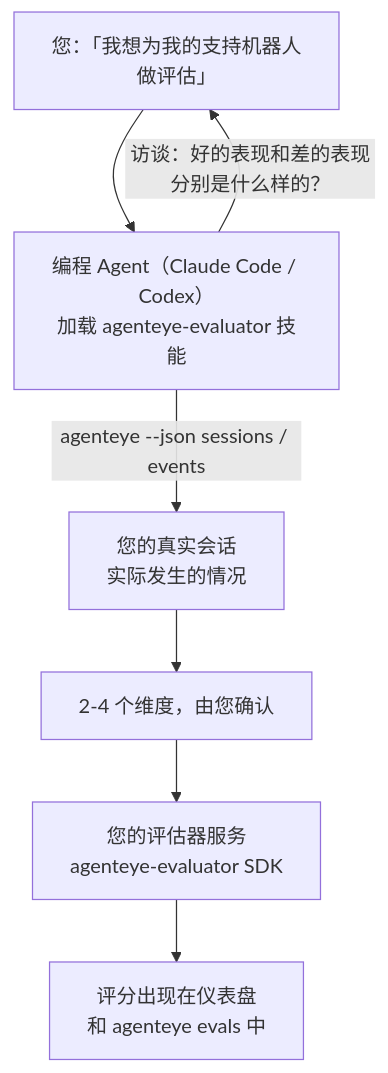
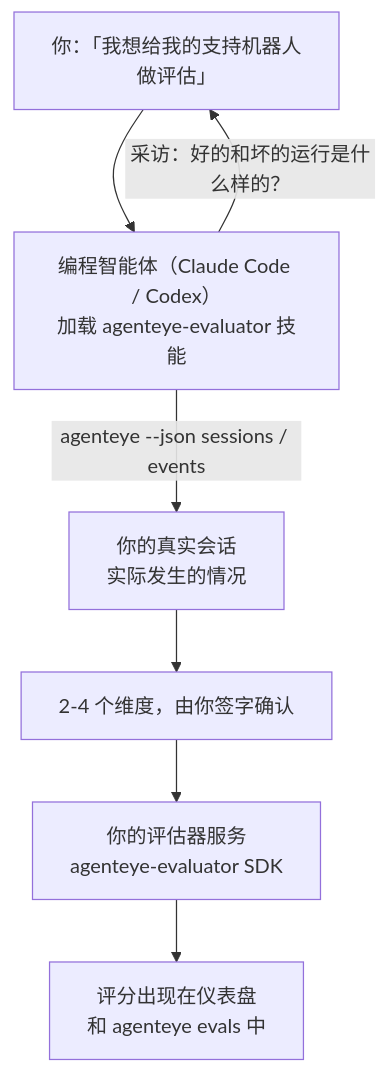
The diagram in docs/zh/agenteye/evaluator-skill.mdx (FailproofAI/failproofai), drawn with Mermaid before and after one commit. The commit also changed other lines of this file and 677 other files, not shown here.

````diff
--- a/docs/zh/agenteye/evaluator-skill.mdx
+++ b/docs/zh/agenteye/evaluator-skill.mdx
@@ -21,9 +21,9 @@
 ```mermaid
 flowchart TD
-    YOU["您：「我想为我的支持机器人做评估」"] --> AGENT["编程 Agent（Claude Code / Codex）<br/>加载 agenteye-evaluator 技能"]
-    AGENT -->|"访谈：好的表现和差的表现分别是什么样的？"| YOU
-    AGENT -->|"agenteye --json sessions / events"| DATA["您的真实会话<br/>实际发生的情况"]
-    DATA --> DIMS["2-4 个维度，由您确认"]
-    DIMS --> SVC["您的评估器服务<br/>agenteye-evaluator SDK"]
+    YOU["你：「我想给我的支持机器人做评估」"] --> AGENT["编程智能体（Claude Code / Codex）<br/>加载 agenteye-evaluator 技能"]
+    AGENT -->|"采访：好的和坏的运行是什么样的？"| YOU
+    AGENT -->|"agenteye --json sessions / events"| DATA["你的真实会话<br/>实际发生的情况"]
+    DATA --> DIMS["2-4 个维度，由你签字确认"]
+    DIMS --> SVC["你的评估器服务<br/>agenteye-evaluator SDK"]
     SVC --> SCORES["评分出现在仪表盘<br/>和 agenteye evals 中"]
 ```
````
